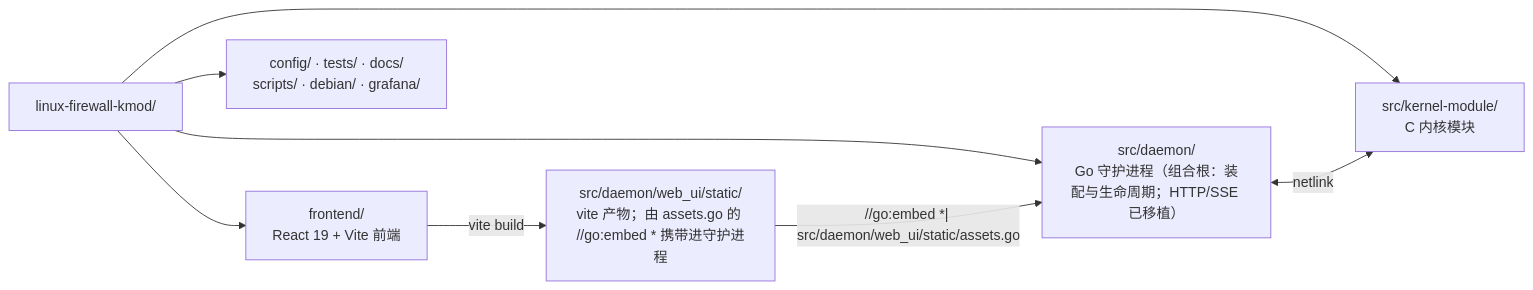
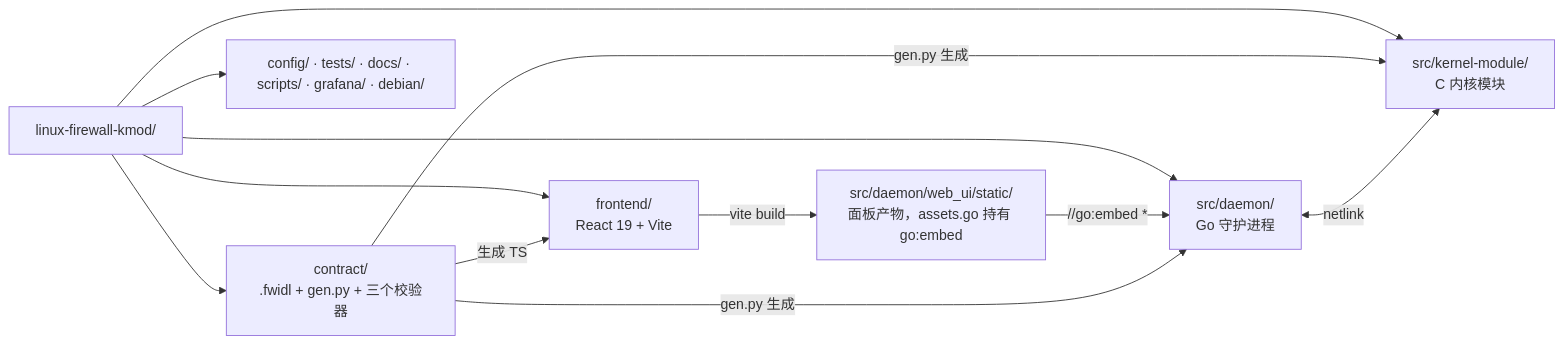
The diagram in docs/zh/development/README.md (SnowCore8/linux-firewall-kmod), drawn with Mermaid before and after one commit. The commit also changed other lines of this file and 25 other files, not shown here.

````diff
--- a/docs/zh/development/README.md
+++ b/docs/zh/development/README.md
@@ -30,17 +46,22 @@
 ```mermaid
 graph LR
     ROOT["linux-firewall-kmod/"]
     KERNEL["src/kernel-module/<br/>C 内核模块"]
-    DAEMON["src/daemon/<br/>Go 守护进程（组合根：装配与生命周期；HTTP/SSE 已移植）"]
-    FRONTEND["frontend/<br/>React 19 + Vite 前端"]
-    STATIC["src/daemon/web_ui/static/<br/>vite 产物；由 assets.go 的 //go:embed * 携带进守护进程"]
-    SUPPORT["config/ · tests/ · docs/<br/>scripts/ · debian/ · grafana/"]
+    DAEMON["src/daemon/<br/>Go 守护进程"]
+    FRONTEND["frontend/<br/>React 19 + Vite"]
+    STATIC["src/daemon/web_ui/static/<br/>面板产物，assets.go 持有 go:embed"]
+    CONTRACT["contract/<br/>.fwidl + gen.py + 三个校验器"]
+    SUPPORT["config/ · tests/ · docs/ · scripts/ · grafana/ · debian/"]
 
     ROOT --> KERNEL
     ROOT --> DAEMON
     ROOT --> FRONTEND
+    ROOT --> CONTRACT
     ROOT --> SUPPORT
     FRONTEND -->|"vite build"| STATIC
-    STATIC -->|"//go:embed *| src/daemon/web_ui/static/assets.go"| DAEMON
+    STATIC -->|"//go:embed *"| DAEMON
+    CONTRACT -->|"gen.py 生成"| KERNEL
+    CONTRACT -->|"gen.py 生成"| DAEMON
+    CONTRACT -->|"生成 TS"| FRONTEND
     DAEMON <-->|"netlink"| KERNEL
 ```
````
